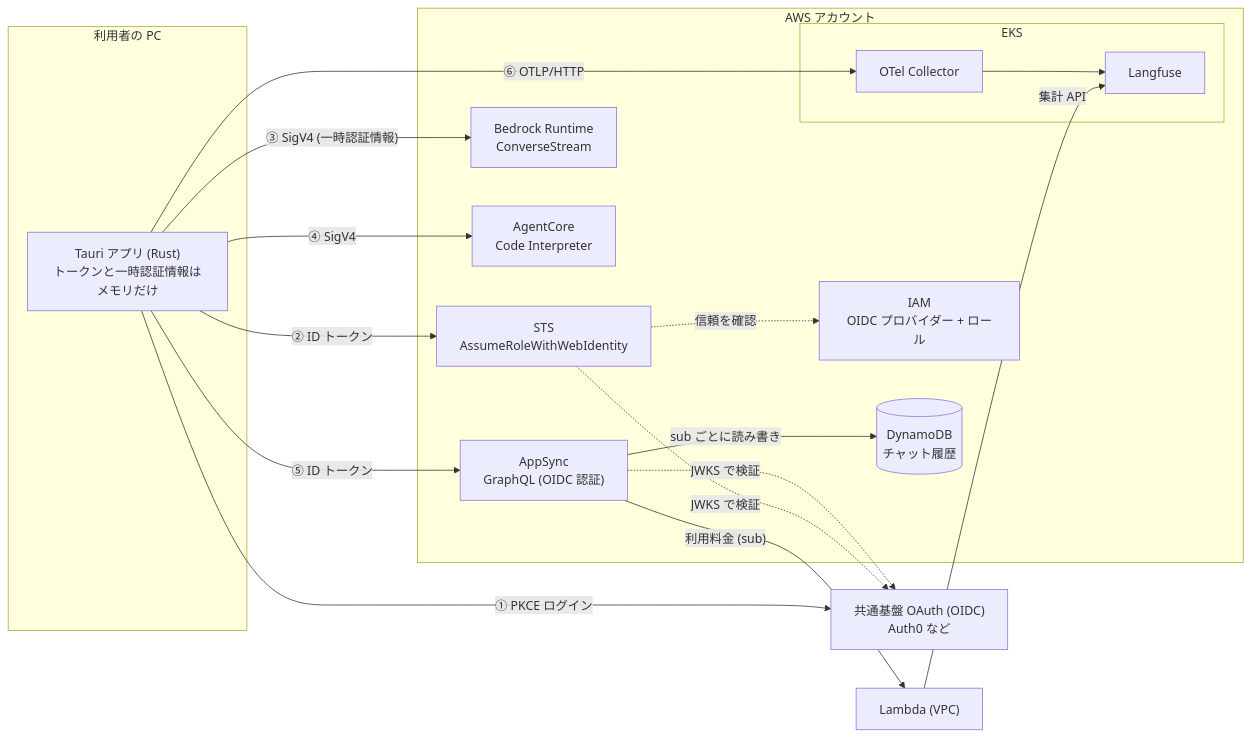
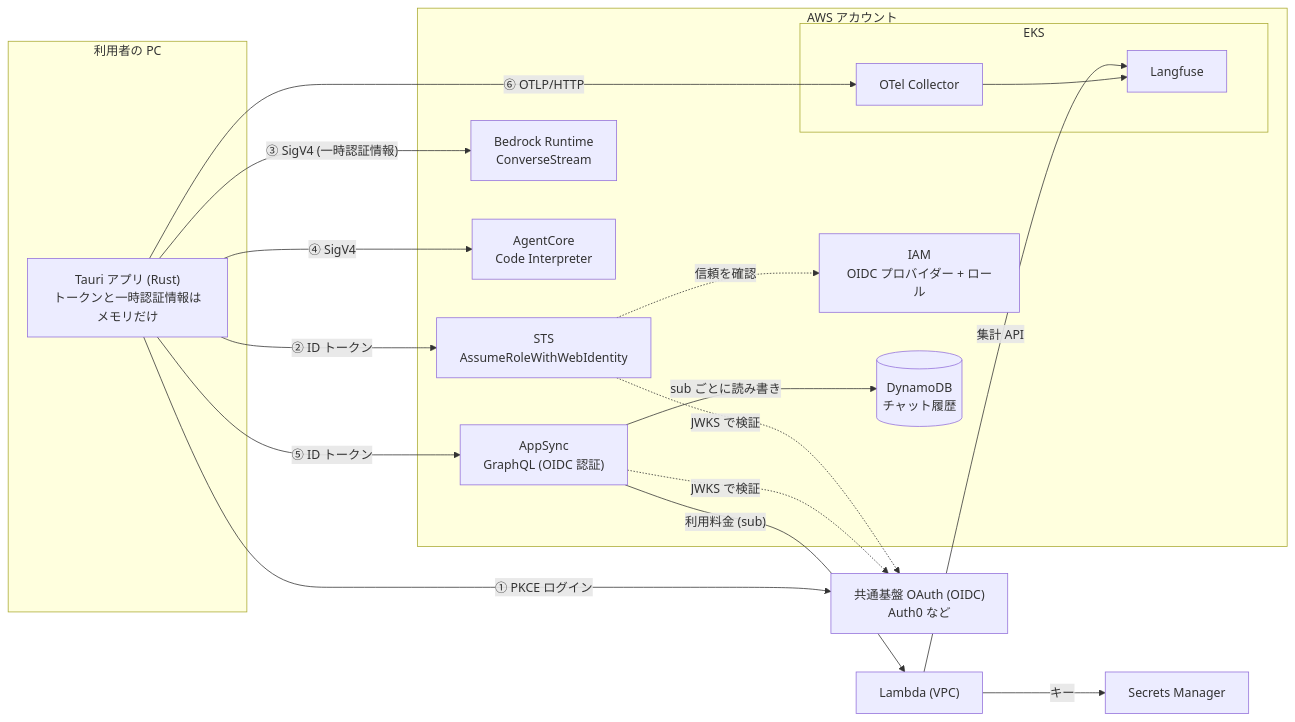
Before and after one commit to T-T0821/agui-rig: the diagram in README.md, drawn with Mermaid. The commit also changed 1 other file, not shown here.

Commit message:
Draw the usage-cost Lambda and Secrets Manager in the AWS diagram
Claude-Session: https://claude.ai/code/session_01EqFxG2i4ywsXNMDaCpWZVP

````diff
--- a/README.md
+++ b/README.md
@@ -52,32 +52,33 @@
 ```mermaid
 flowchart LR
   subgraph PC["利用者の PC"]
     App["Tauri アプリ (Rust)<br/>トークンと一時認証情報はメモリだけ"]
   end
   IdP["共通基盤 OAuth (OIDC)<br/>Auth0 など"]
   subgraph AWS["AWS アカウント"]
     STS["STS<br/>AssumeRoleWithWebIdentity"]
     IAM["IAM<br/>OIDC プロバイダー + ロール"]
     Bedrock["Bedrock Runtime<br/>ConverseStream"]
     CI["AgentCore<br/>Code Interpreter"]
     AppSync["AppSync<br/>GraphQL (OIDC 認証)"]
     DDB[("DynamoDB<br/>チャット履歴")]
     subgraph EKS["EKS"]
       Collector["OTel Collector"]
       Langfuse["Langfuse"]
     end
   end
   App -- "① PKCE ログイン" --> IdP
   App -- "② ID トークン" --> STS
   STS -. "信頼を確認" .-> IAM
   STS -. "JWKS で検証" .-> IdP
   App -- "③ SigV4 (一時認証情報)" --> Bedrock
   App -- "④ SigV4" --> CI
   App -- "⑤ ID トークン" --> AppSync
   AppSync -. "JWKS で検証" .-> IdP
   AppSync -- "sub ごとに読み書き" --> DDB
   AppSync -- "利用料金 (sub)" --> Usage["Lambda (VPC)"]
+  Usage -- "キー" --> Secrets["Secrets Manager"]
   Usage -- "集計 API" --> Langfuse
   App -- "⑥ OTLP/HTTP" --> Collector
   Collector --> Langfuse
 ```
````
